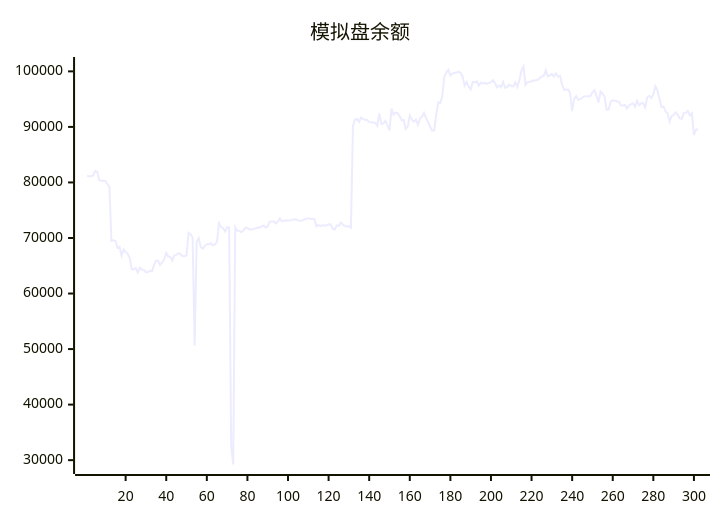
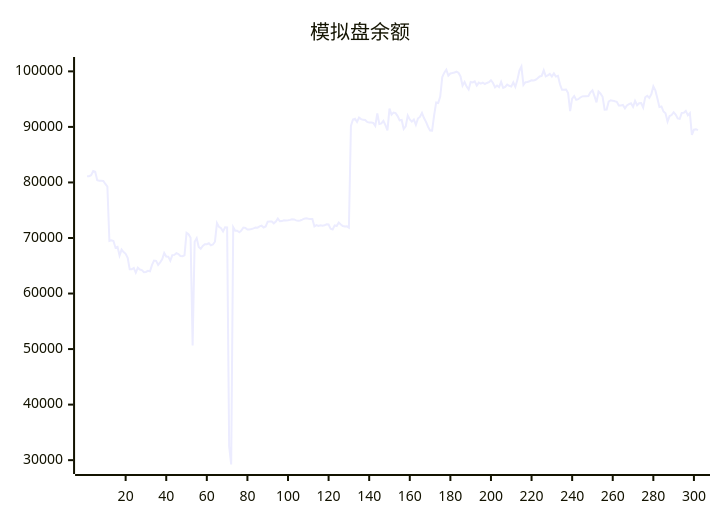
The diagram in README.md (aahl/ai-trading), drawn with Mermaid before and after one commit. The commit also changed other lines of this file and 1 other file, not shown here.

````diff
--- a/README.md
+++ b/README.md
@@ -5,5 +5,5 @@
 ```mermaid
 xychart
     title "模拟盘余额"
-    line [81186,81130,81118,81306,82066,81909,80392,80304,80291,80258,79729,79261,69466,69579,69456,68251,68415,66832,67911,67462,67144,66432,64380,64375,64606,63741,64647,64324,64216,63842,63877,64079,64008,65156,65945,65888,65157,65625,66144,67284,66653,66639,65924,66925,66956,67263,67108,66766,66729,66886,70927,70673,70049,50652,69334,69973,68400,68061,68578,68877,68879,69055,68662,68822,69329,72687,71999,71760,71163,71911,71896,32500,29218,71927,71297,71305,71044,71337,71883,71822,71536,71536,71622,71723,71880,71860,72100,72216,71887,72077,72940,72976,72966,72638,72948,73497,73004,73041,73173,73160,73187,73258,73375,73351,73173,73098,73161,73305,73474,73536,73457,73413,73412,72100,72333,72164,72272,72204,72285,72461,72421,71652,71521,72267,72157,72774,72425,72144,72060,72091,71858,90185,91338,91466,90900,91678,91404,91268,91244,90903,90779,90787,90721,90187,92429,90518,90619,91070,90328,89376,93286,92202,92581,92485,91947,91196,91259,89619,90086,92063,91355,90950,91327,90373,91498,91800,92531,91603,90910,90031,89351,89334,92097,94406,94315,95455,98972,99763,100286,99229,99622,99701,99805,99938,99738,99082,97430,98094,97267,96741,98081,98013,98194,97447,97983,97789,97969,97729,97911,98043,98405,97912,97120,97448,97154,98095,97021,97191,97616,97402,97263,98035,97210,98424,100121,100876,97552,98049,98085,98228,98388,98342,98488,98750,99086,99181,100188,99107,99272,99553,99072,99636,99061,99186,97674,96679,96704,96743,96096,92830,95088,95560,94866,94995,95295,95497,95531,95527,95559,96236,96597,95538,94422,96363,95972,95418,93095,93128,94558,94795,94727,94611,94508,93857,93852,93955,93340,93862,94112,94249,93603,94682,93898,94267,94288,93490,95337,95601,95226,95879,97301,96573,95113,93569,93681,92773,92453,90953,91954,92130,92637,92209,91536,91462,92532,92562,92875,92086,92488,88547,89491,89563]
+    line [81130,81118,81306,82066,81909,80392,80304,80291,80258,79729,79261,69466,69579,69456,68251,68415,66832,67911,67462,67144,66432,64380,64375,64606,63741,64647,64324,64216,63842,63877,64079,64008,65156,65945,65888,65157,65625,66144,67284,66653,66639,65924,66925,66956,67263,67108,66766,66729,66886,70927,70673,70049,50652,69334,69973,68400,68061,68578,68877,68879,69055,68662,68822,69329,72687,71999,71760,71163,71911,71896,32500,29218,71927,71297,71305,71044,71337,71883,71822,71536,71536,71622,71723,71880,71860,72100,72216,71887,72077,72940,72976,72966,72638,72948,73497,73004,73041,73173,73160,73187,73258,73375,73351,73173,73098,73161,73305,73474,73536,73457,73413,73412,72100,72333,72164,72272,72204,72285,72461,72421,71652,71521,72267,72157,72774,72425,72144,72060,72091,71858,90185,91338,91466,90900,91678,91404,91268,91244,90903,90779,90787,90721,90187,92429,90518,90619,91070,90328,89376,93286,92202,92581,92485,91947,91196,91259,89619,90086,92063,91355,90950,91327,90373,91498,91800,92531,91603,90910,90031,89351,89334,92097,94406,94315,95455,98972,99763,100286,99229,99622,99701,99805,99938,99738,99082,97430,98094,97267,96741,98081,98013,98194,97447,97983,97789,97969,97729,97911,98043,98405,97912,97120,97448,97154,98095,97021,97191,97616,97402,97263,98035,97210,98424,100121,100876,97552,98049,98085,98228,98388,98342,98488,98750,99086,99181,100188,99107,99272,99553,99072,99636,99061,99186,97674,96679,96704,96743,96096,92830,95088,95560,94866,94995,95295,95497,95531,95527,95559,96236,96597,95538,94422,96363,95972,95418,93095,93128,94558,94795,94727,94611,94508,93857,93852,93955,93340,93862,94112,94249,93603,94682,93898,94267,94288,93490,95337,95601,95226,95879,97301,96573,95113,93569,93681,92773,92453,90953,91954,92130,92637,92209,91536,91462,92532,92562,92875,92086,92488,88547,89491,89563,89429]
 ```
````
